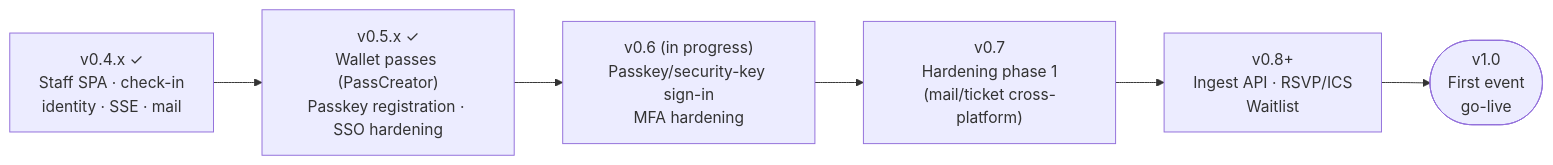
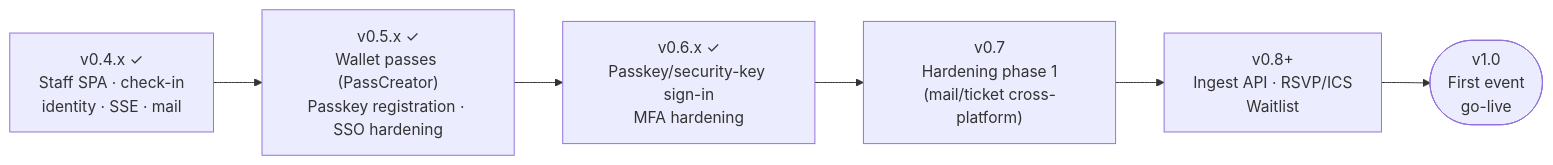
Before and after one commit to solarssk/admitto: the diagram in VERSIONING.md, drawn with Mermaid. The commit also changed other lines of this file and 3 other files, not shown here.

First line of the commit message:
docs: mark v0.6.0 delivered in the roadmap, refresh 2 stale Wiki stamps

````diff
--- a/VERSIONING.md
+++ b/VERSIONING.md
@@ -33,10 +33,10 @@
 ```mermaid
 flowchart LR
     v04["v0.4.x ✓\nStaff SPA · check-in\nidentity · SSE · mail"]
     v05["v0.5.x ✓\nWallet passes (PassCreator)\nPasskey registration · SSO hardening"]
-    v06["v0.6 (in progress)\nPasskey/security-key sign-in\nMFA hardening"]
+    v06["v0.6.x ✓\nPasskey/security-key sign-in\nMFA hardening"]
     v07["v0.7\nHardening phase 1\n(mail/ticket cross-platform)"]
     v08["v0.8+\nIngest API · RSVP/ICS\nWaitlist"]
     v10(["v1.0\nFirst event\ngo-live"])
     v04 --> v05 --> v06 --> v07 --> v08 --> v10
 ```
````
